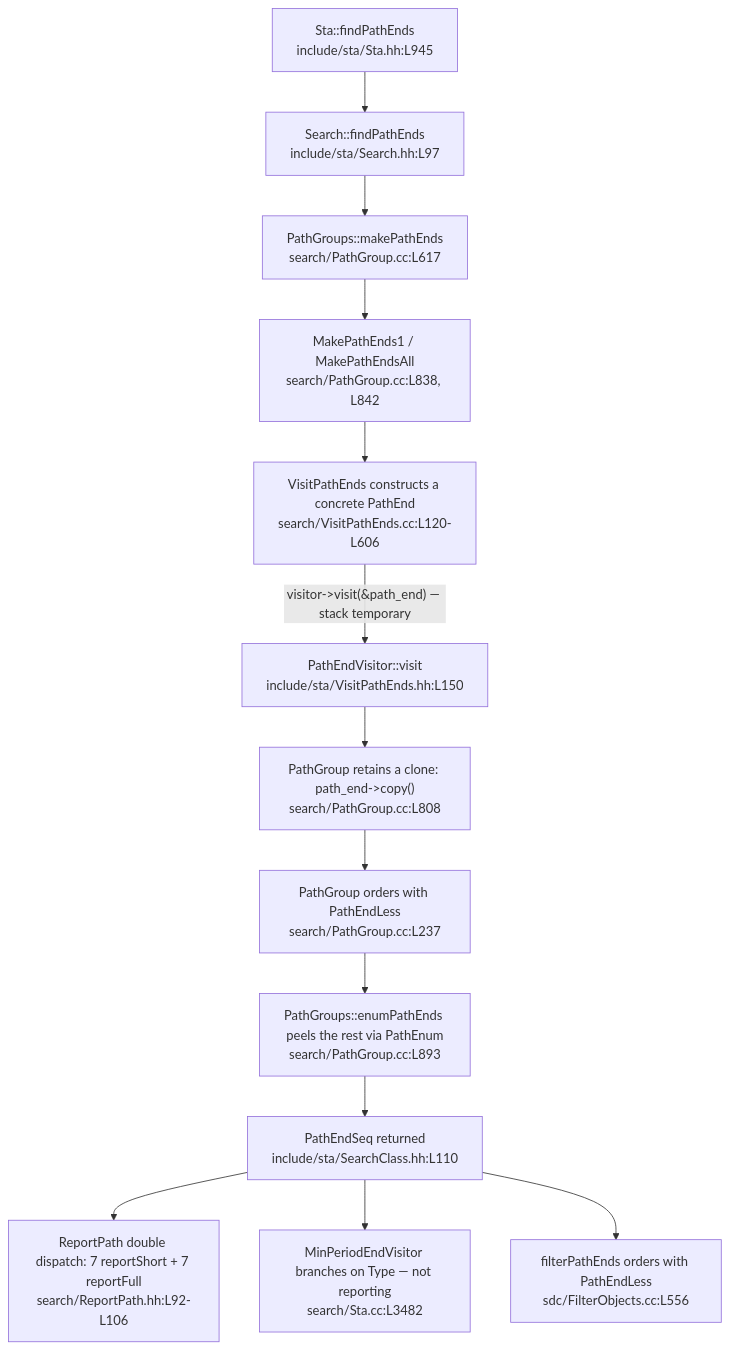
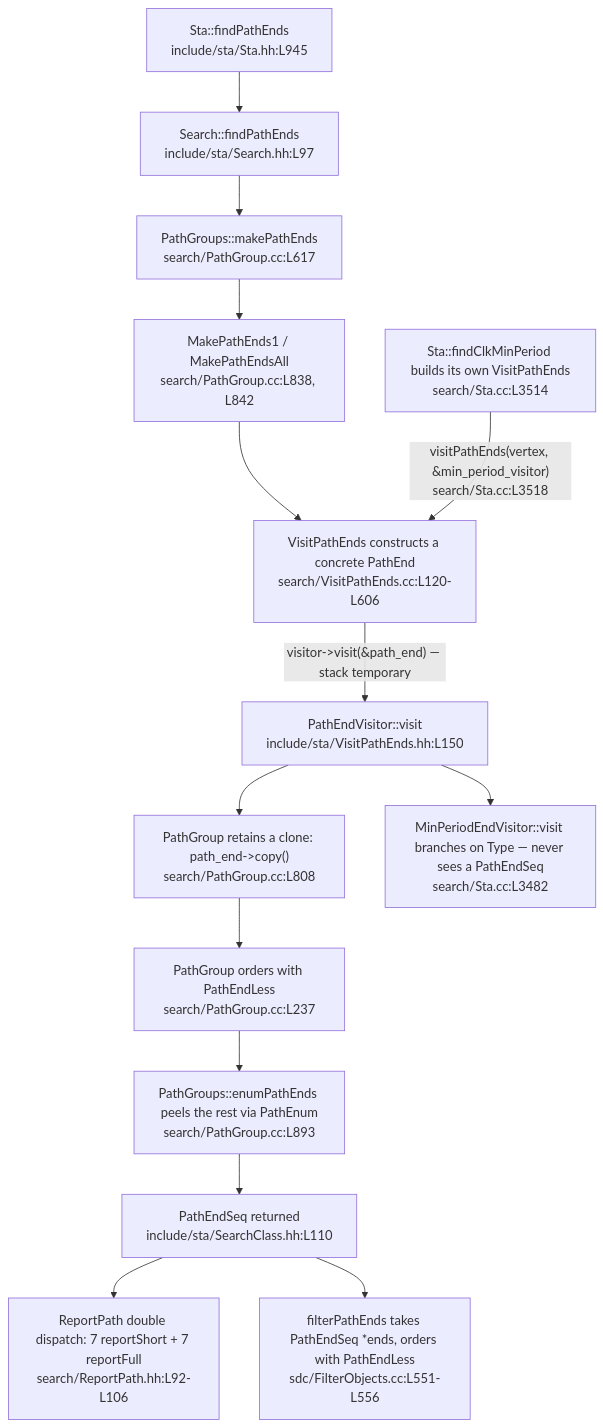
Before and after one commit to blitzy-research/OpenSTA: the first of 4 diagrams in search/PathEnd.md, drawn with Mermaid. The commit also changed other lines of this file, not shown here.

First line of the commit message:
Address code review findings in search/PathEnd.md

````diff
--- a/search/PathEnd.md
+++ b/search/PathEnd.md
@@ -182,15 +199,16 @@
 ```mermaid
 flowchart TD
     A["Sta::findPathEnds<br/>include/sta/Sta.hh:L945"] --> B["Search::findPathEnds<br/>include/sta/Search.hh:L97"]
     B --> C["PathGroups::makePathEnds<br/>search/PathGroup.cc:L617"]
     C --> D["MakePathEnds1 / MakePathEndsAll<br/>search/PathGroup.cc:L838, L842"]
     D --> E["VisitPathEnds constructs a concrete PathEnd<br/>search/VisitPathEnds.cc:L120-L606"]
+    N["Sta::findClkMinPeriod builds its own VisitPathEnds<br/>search/Sta.cc:L3514"] -->|"visitPathEnds(vertex, &amp;min_period_visitor)<br/>search/Sta.cc:L3518"| E
     E -->|"visitor->visit(&amp;path_end) — stack temporary"| F["PathEndVisitor::visit<br/>include/sta/VisitPathEnds.hh:L150"]
     F --> G["PathGroup retains a clone: path_end->copy()<br/>search/PathGroup.cc:L808"]
+    F --> L["MinPeriodEndVisitor::visit branches on Type — never sees a PathEndSeq<br/>search/Sta.cc:L3482"]
     G --> H["PathGroup orders with PathEndLess<br/>search/PathGroup.cc:L237"]
     H --> I["PathGroups::enumPathEnds peels the rest via PathEnum<br/>search/PathGroup.cc:L893"]
     I --> J["PathEndSeq returned<br/>include/sta/SearchClass.hh:L110"]
     J --> K["ReportPath double dispatch: 7 reportShort + 7 reportFull<br/>search/ReportPath.hh:L92-L106"]
-    J --> L["MinPeriodEndVisitor branches on Type — not reporting<br/>search/Sta.cc:L3482"]
-    J --> M["filterPathEnds orders with PathEndLess<br/>sdc/FilterObjects.cc:L556"]
+    J --> M["filterPathEnds takes PathEndSeq *ends, orders with PathEndLess<br/>sdc/FilterObjects.cc:L551-L556"]
 ```
````
